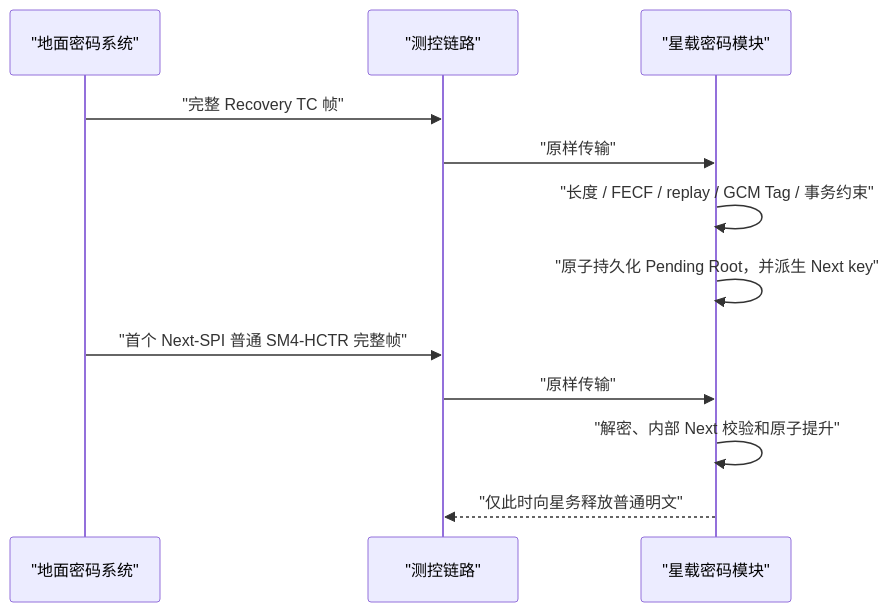
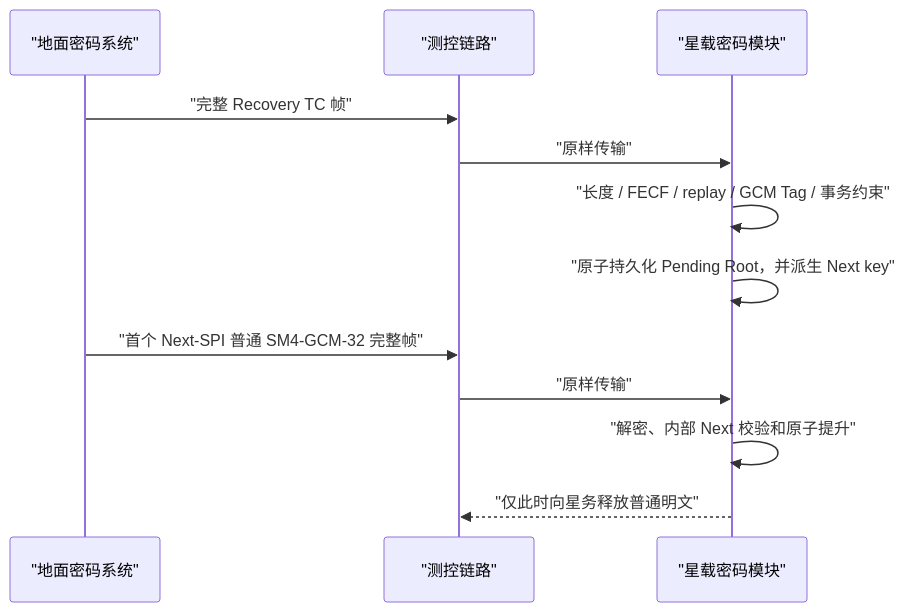
Before and after one commit to HangzeGao/key-vault: the diagram in docs/TC_RECOVERY_PROFILE.md, drawn with Mermaid. The commit also changed other lines of this file and 92 other files, not shown here.

````diff
--- a/docs/TC_RECOVERY_PROFILE.md
+++ b/docs/TC_RECOVERY_PROFILE.md
@@ -33,14 +34,14 @@
 ```mermaid
 sequenceDiagram
     participant G as "地面密码系统"
     participant M as "测控链路"
     participant F as "星载密码模块"
     G->>M: "完整 Recovery TC 帧"
     M->>F: "原样传输"
     F->>F: "长度 / FECF / replay / GCM Tag / 事务约束"
     F->>F: "原子持久化 Pending Root，并派生 Next key"
-    G->>M: "首个 Next-SPI 普通 SM4-HCTR 完整帧"
+    G->>M: "首个 Next-SPI 普通 SM4-GCM-32 完整帧"
     M->>F: "原样传输"
     F->>F: "解密、内部 Next 校验和原子提升"
     F-->>M: "仅此时向星务释放普通明文"
 ```
````
